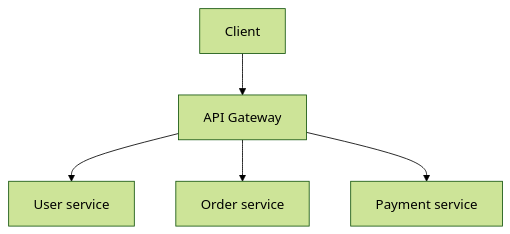
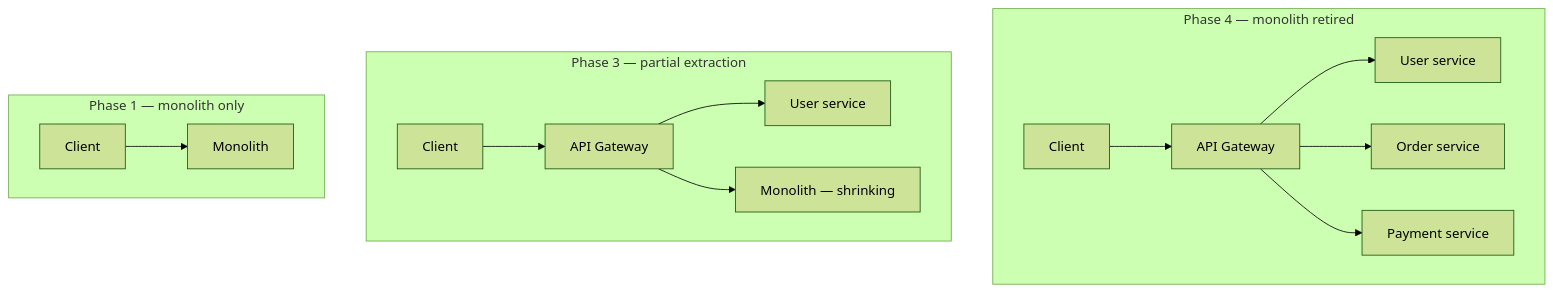
The fourth of 22 diagrams in 08-microservices/README.md (hareramcse/SystemDesign), drawn with Mermaid (forest theme) before and after one commit. The commit also changed other lines of this file and 14 other files, not shown here.

````diff
--- a/08-microservices/README.md
+++ b/08-microservices/README.md
@@ -443,7 +378,21 @@
 ```mermaid
-flowchart TB
-    C[Client] --> GW[API Gateway]
-    GW --> US[User service]
-    GW --> OS[Order service]
-    GW --> PS[Payment service]
+flowchart LR
+    subgraph Phase1["Phase 1 — monolith only"]
+        direction LR
+        C1[Client] --> M1[Monolith]
+    end
+    subgraph Phase3["Phase 3 — partial extraction"]
+        direction LR
+        C2[Client] --> GW[API Gateway]
+        GW --> US[User service]
+        GW --> M2[Monolith — shrinking]
+    end
+    subgraph Phase4["Phase 4 — monolith retired"]
+        direction LR
+        C3[Client] --> GW2[API Gateway]
+        GW2 --> US2[User service]
+        GW2 --> OS[Order service]
+        GW2 --> PS[Payment service]
+    end
+    Phase1 ~~~ Phase3 ~~~ Phase4
 ```
````
